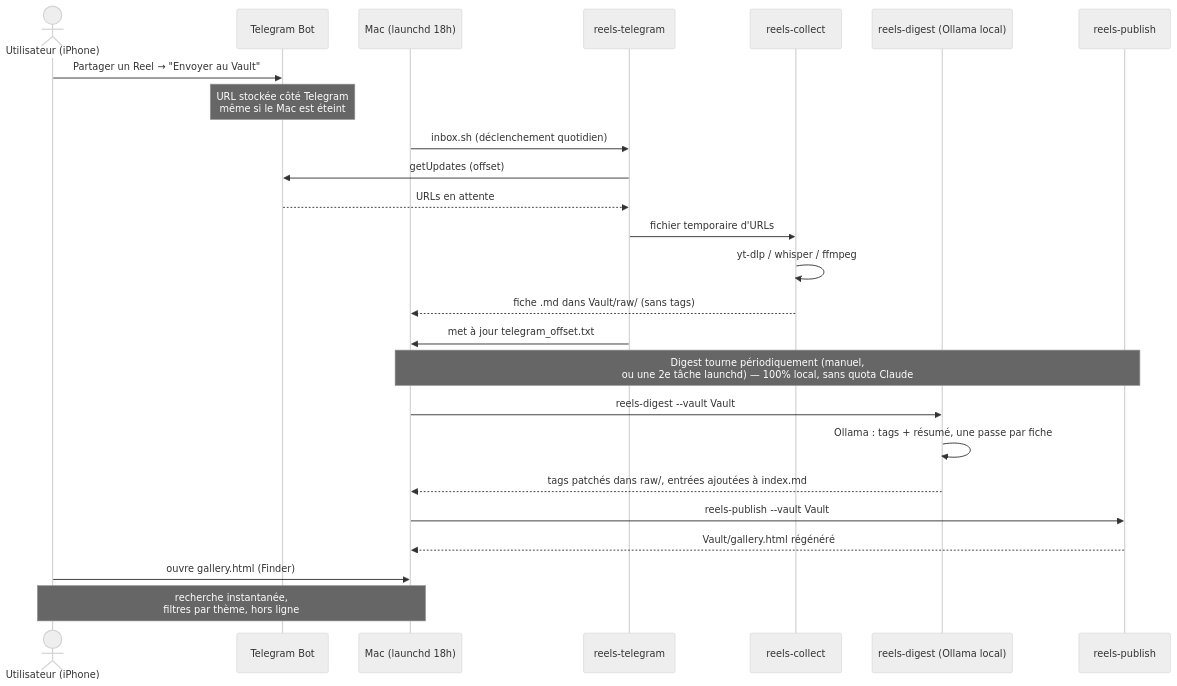
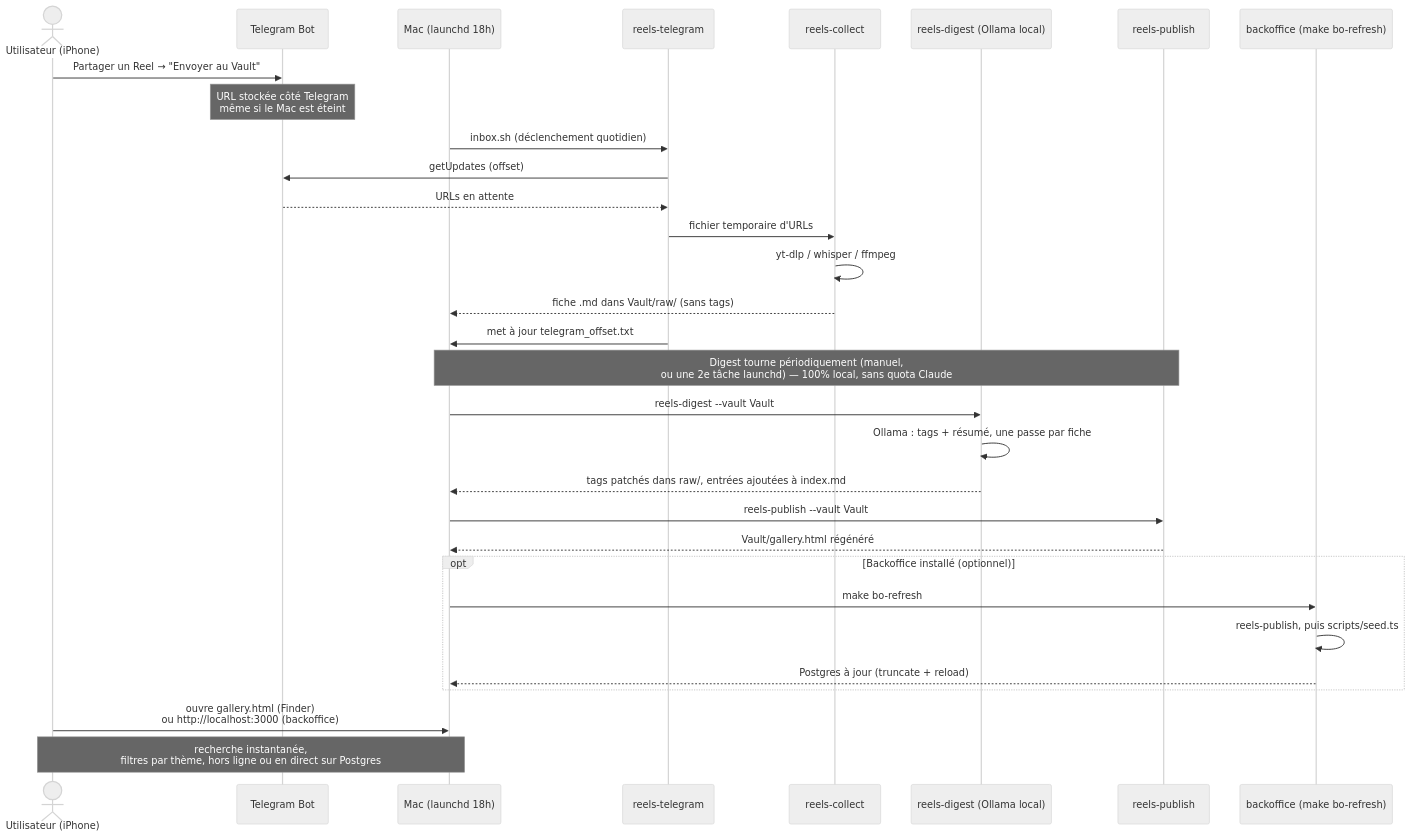
Before and after one commit to VySellathurai/better-insta-collection: the second of 3 diagrams in schema.md, drawn with Mermaid (neutral theme). The commit also changed other lines of this file and 1 other file, not shown here.

````diff
--- a/schema.md
+++ b/schema.md
@@ -115,31 +141,38 @@
 ```mermaid
 sequenceDiagram
     actor U as Utilisateur (iPhone)
     participant TG as Telegram Bot
     participant MAC as Mac (launchd 18h)
     participant TI as reels-telegram
     participant IN as reels-collect
     participant DG as reels-digest (Ollama local)
     participant GV as reels-publish
+    participant BO as backoffice (make bo-refresh)
 
     U->>TG: Partager un Reel → "Envoyer au Vault"
     Note over TG: URL stockée côté Telegram<br/>même si le Mac est éteint
 
     MAC->>TI: inbox.sh (déclenchement quotidien)
     TI->>TG: getUpdates (offset)
     TG-->>TI: URLs en attente
     TI->>IN: fichier temporaire d'URLs
     IN->>IN: yt-dlp / whisper / ffmpeg
     IN-->>MAC: fiche .md dans Vault/raw/ (sans tags)
     TI->>MAC: met à jour telegram_offset.txt
 
     Note over MAC,GV: Digest tourne périodiquement (manuel,<br/>ou une 2e tâche launchd) — 100% local, sans quota Claude
     MAC->>DG: reels-digest --vault Vault
     DG->>DG: Ollama : tags + résumé, une passe par fiche
     DG-->>MAC: tags patchés dans raw/, entrées ajoutées à index.md
     MAC->>GV: reels-publish --vault Vault
     GV-->>MAC: Vault/gallery.html régénéré
 
-    U->>MAC: ouvre gallery.html (Finder)
-    Note over U,MAC: recherche instantanée,<br/>filtres par thème, hors ligne
+    opt Backoffice installé (optionnel)
+        MAC->>BO: make bo-refresh
+        BO->>BO: reels-publish, puis scripts/seed.ts
+        BO-->>MAC: Postgres à jour (truncate + reload)
+    end
+
+    U->>MAC: ouvre gallery.html (Finder)<br/>ou http://localhost:3000 (backoffice)
+    Note over U,MAC: recherche instantanée,<br/>filtres par thème, hors ligne ou en direct sur Postgres
 ```
````
